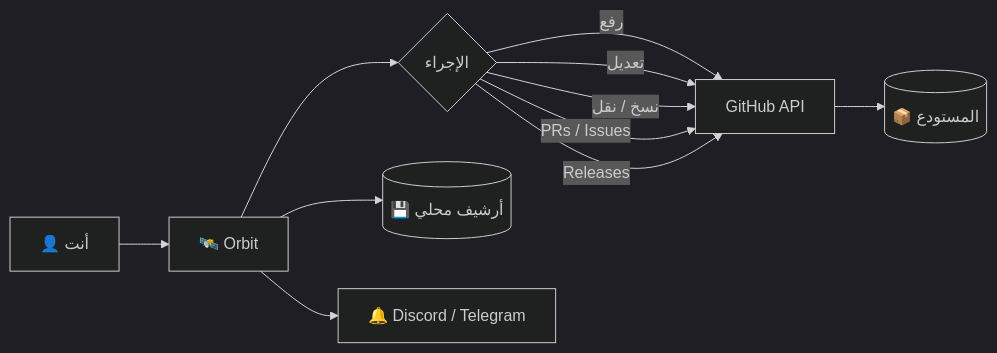
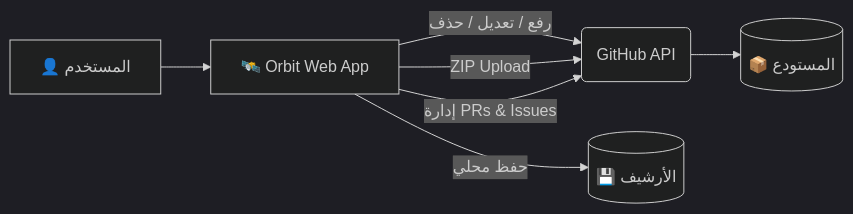
Before and after one commit to T7-T7/BOT-STEAM: the diagram in Orbit/README.md, drawn with Mermaid (dark theme). The commit also changed other lines of this file, not shown here.

````diff
--- a/Orbit/README.md
+++ b/Orbit/README.md
@@ -40,13 +28,9 @@
 ```mermaid
 graph LR
-    A[👤 أنت] --> B[🛰️ Orbit]
-    B --> C{الإجراء}
-    C -->|رفع| D[GitHub API]
-    C -->|تعديل| D
-    C -->|نسخ / نقل| D
-    C -->|PRs / Issues| D
-    C -->|Releases| D
-    D --> E[(📦 المستودع)]
-    B --> F[(💾 أرشيف محلي)]
-    B --> G[🔔 Discord / Telegram]
+    A[👤 المستخدم] --> B[🛰️ Orbit Web App]
+    B -->|رفع / تعديل / حذف| C(GitHub API)
+    B -->|ZIP Upload| C
+    B -->|إدارة PRs & Issues| C
+    C --> D[(📦 المستودع)]
+    B -->|حفظ محلي| E[(💾 الأرشيف)]
 ```
````
